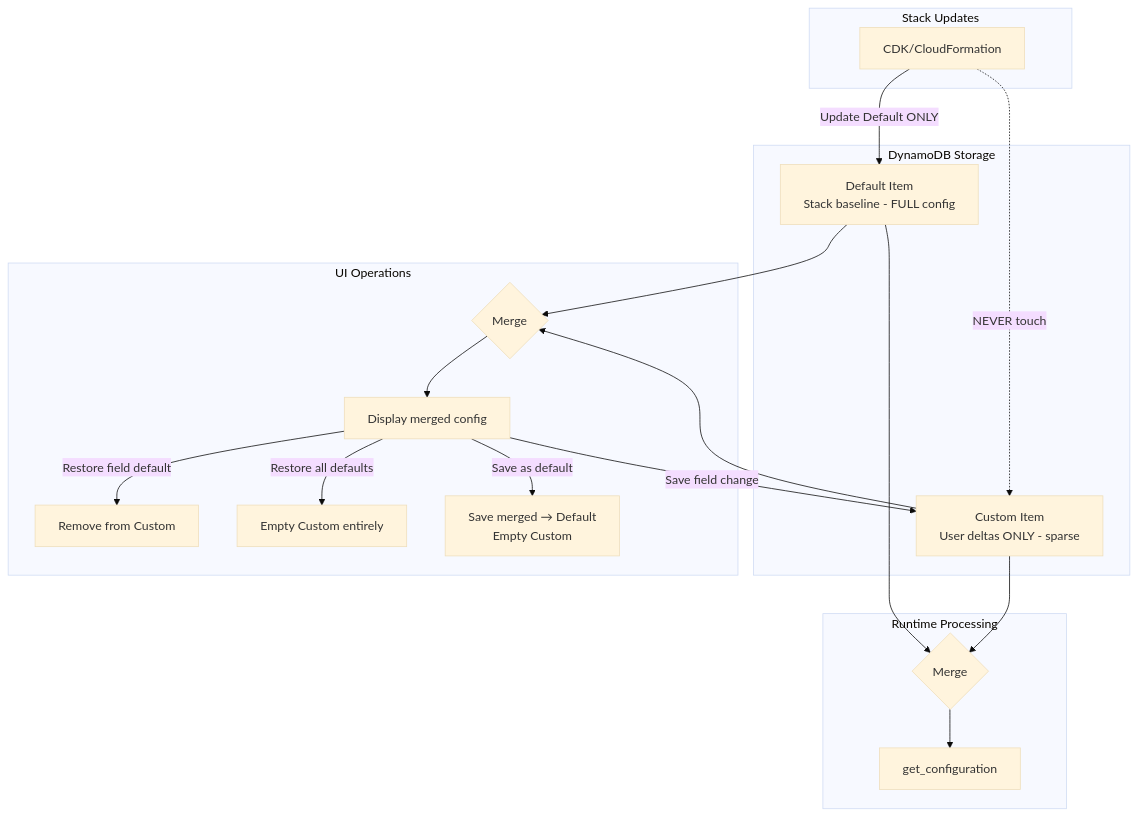
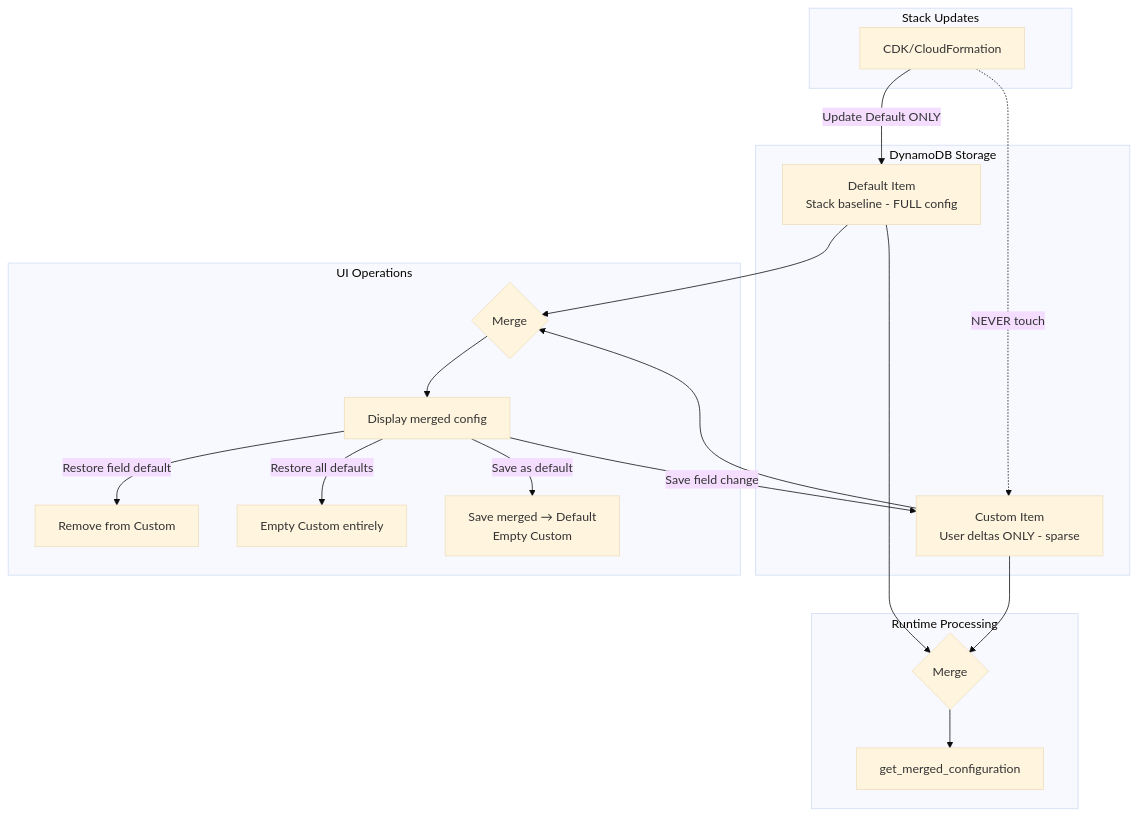
One commit to sirirako/accelerated-intelligent-document-processing-on-aws changed the third of 3 diagrams in memory-bank/activeContext.md. Above: the diagram before and after it, drawn with Mermaid (base theme). The commit also changed other lines of this file and 12 other files, not shown here.

````diff
--- a/memory-bank/activeContext.md
+++ b/memory-bank/activeContext.md
@@ -142,28 +142,28 @@
 ```mermaid
 flowchart TD
     subgraph "DynamoDB Storage"
         D[Default Item<br>Stack baseline - FULL config]
         C[Custom Item<br>User deltas ONLY - sparse]
     end
     
     subgraph "Stack Updates"
         SU[CDK/CloudFormation] -->|"Update Default ONLY"| D
         SU -.->|"NEVER touch"| C
     end
     
     subgraph "UI Operations"
         D --> M{Merge}
         C --> M
         M --> UI[Display merged config]
         UI -->|"Save field change"| C
         UI -->|"Restore field default"| RC[Remove from Custom]
         UI -->|"Restore all defaults"| EC[Empty Custom entirely]
         UI -->|"Save as default"| SAD[Save merged → Default<br>Empty Custom]
     end
     
     subgraph "Runtime Processing"
         D --> RM{Merge}
         C --> RM
-        RM --> RT[get_configuration]
+        RM --> RT[get_merged_configuration]
     end
 ```
````
